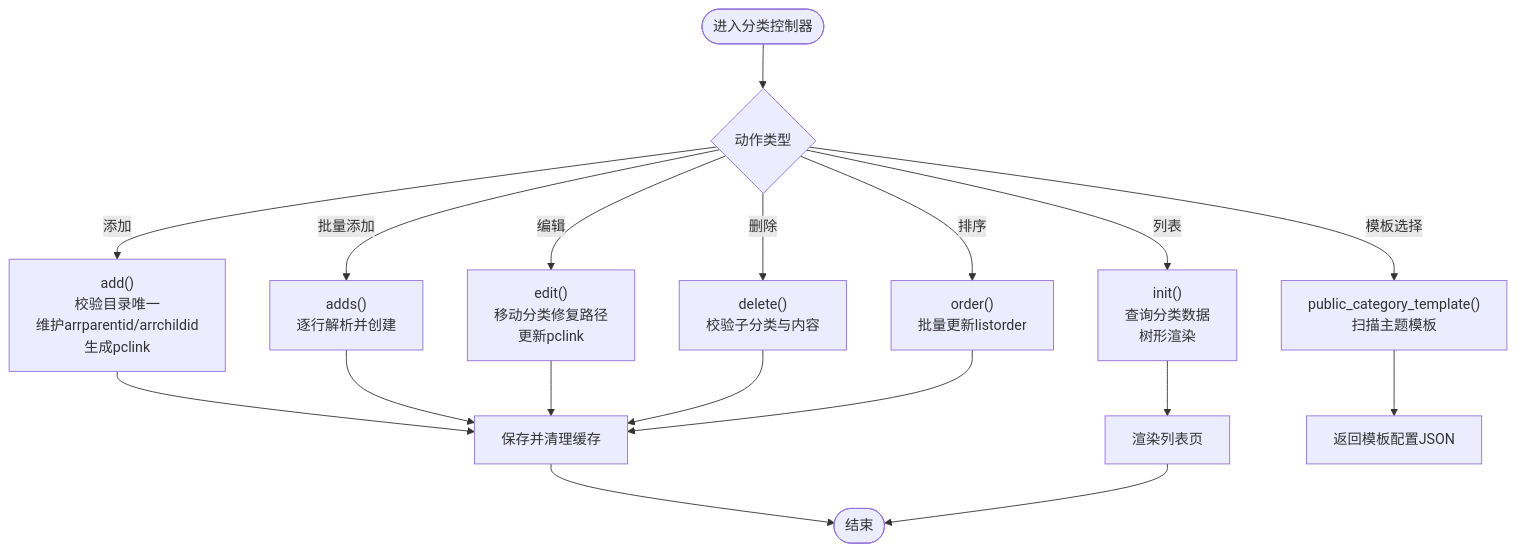
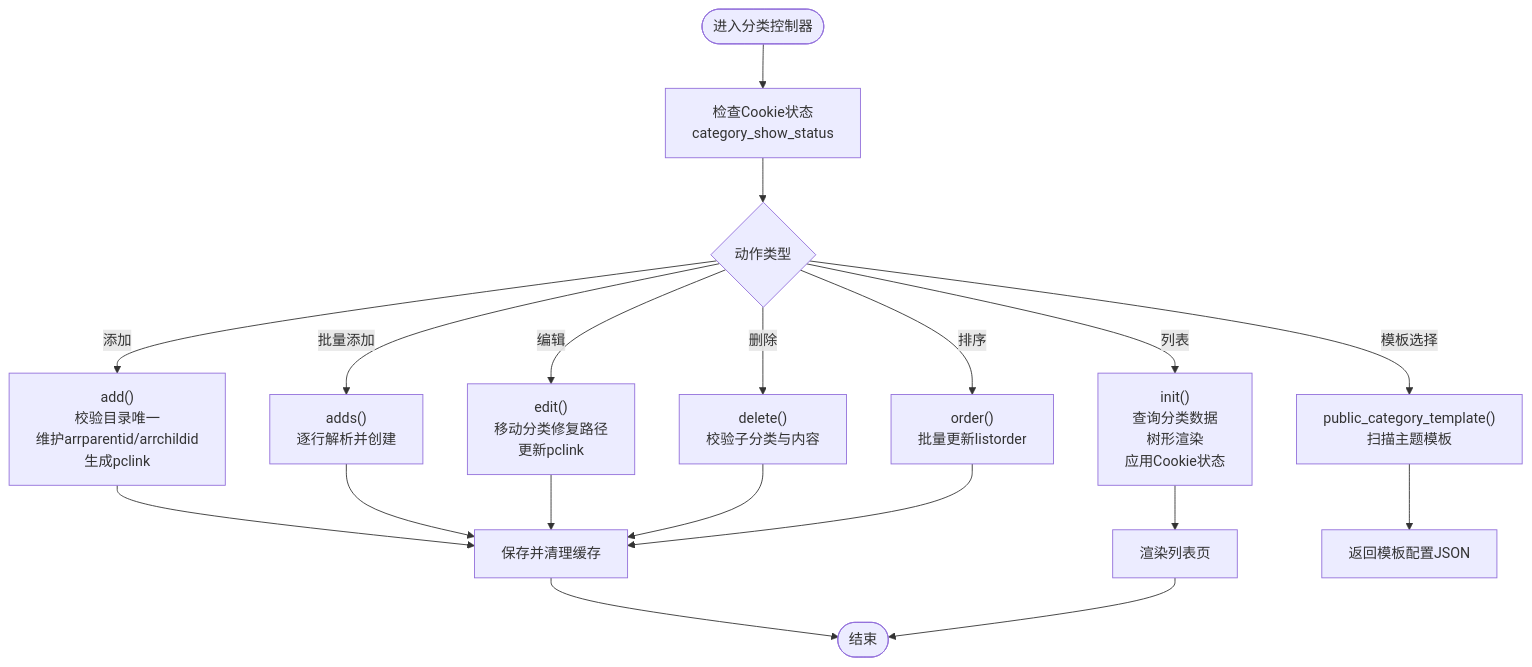
The third of 8 diagrams in .qoder/repowiki/zh/content/系统架构/模块化设计/后台管理模块/分类管理.md (lirongyaoper/lryblog.com), drawn with Mermaid before and after one commit. The commit also changed other lines of this file and 8 other files, not shown here.

````diff
--- a/.qoder/repowiki/zh/content/系统架构/模块化设计/后台管理模块/分类管理.md
+++ b/.qoder/repowiki/zh/content/系统架构/模块化设计/后台管理模块/分类管理.md
@@ -149,20 +163,21 @@
 ```mermaid
 flowchart TD
-Start(["进入分类控制器"]) --> Action{"动作类型"}
-Action --> |列表| Init["init()<br/>查询分类数据<br/>树形渲染"]
+Start(["进入分类控制器"]) --> CookieCheck["检查Cookie状态<br/>category_show_status"]
+CookieCheck --> Action{"动作类型"}
+Action --> |列表| Init["init()<br/>查询分类数据<br/>树形渲染<br/>应用Cookie状态"]
 Action --> |添加| Add["add()<br/>校验目录唯一<br/>维护arrparentid/arrchildid<br/>生成pclink"]
 Action --> |批量添加| Adds["adds()<br/>逐行解析并创建"]
 Action --> |编辑| Edit["edit()<br/>移动分类修复路径<br/>更新pclink"]
 Action --> |删除| Delete["delete()<br/>校验子分类与内容"]
 Action --> |排序| Order["order()<br/>批量更新listorder"]
 Action --> |模板选择| Template["public_category_template()<br/>扫描主题模板"]
 Init --> Render["渲染列表页"]
 Add --> Save["保存并清理缓存"]
 Adds --> Save
 Edit --> Save
 Delete --> Save
 Order --> Save
 Template --> Return["返回模板配置JSON"]
 Save --> End(["结束"])
 Render --> End
 ```
````
